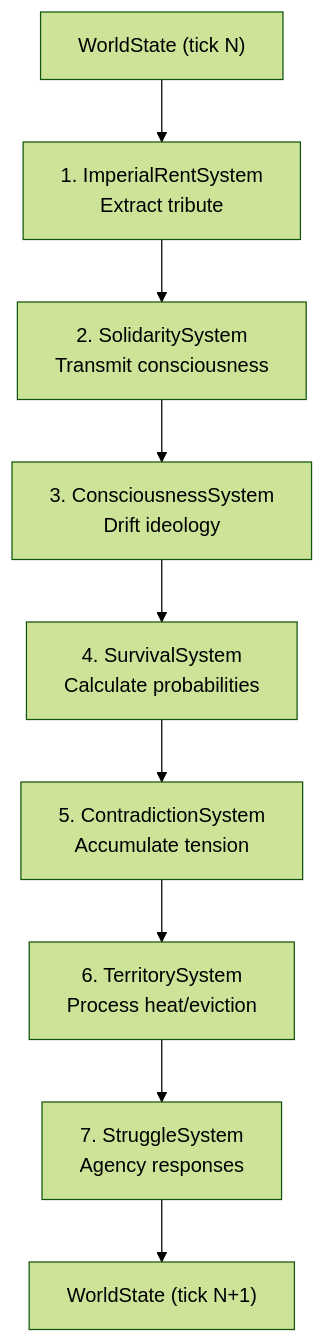
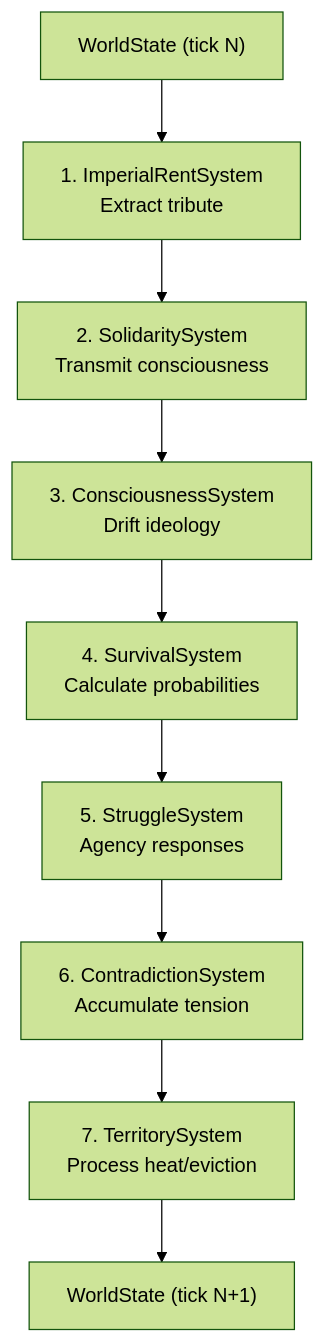
One commit to percy-raskova/babylon changed the diagram in docs/concepts/simulation-systems.rst. Above: the diagram before and after it, drawn with Mermaid (forest theme). The commit also changed other lines of this file and 189 other files, not shown here.

First line of the commit message:
Release: Epoch 2 architecture and mutation testing improvements (#70)

```diff
--- a/docs/concepts/simulation-systems.rst
+++ b/docs/concepts/simulation-systems.rst
@@ -17,11 +17,11 @@
 .. mermaid::
 
    flowchart TB
        A["WorldState (tick N)"] --> B["1. ImperialRentSystem<br/>Extract tribute"]
        B --> C["2. SolidaritySystem<br/>Transmit consciousness"]
        C --> D["3. ConsciousnessSystem<br/>Drift ideology"]
        D --> E["4. SurvivalSystem<br/>Calculate probabilities"]
-       E --> F["5. ContradictionSystem<br/>Accumulate tension"]
-       F --> G["6. TerritorySystem<br/>Process heat/eviction"]
-       G --> H["7. StruggleSystem<br/>Agency responses"]
+       E --> F["5. StruggleSystem<br/>Agency responses"]
+       F --> G["6. ContradictionSystem<br/>Accumulate tension"]
+       G --> H["7. TerritorySystem<br/>Process heat/eviction"]
        H --> I["WorldState (tick N+1)"]
```
